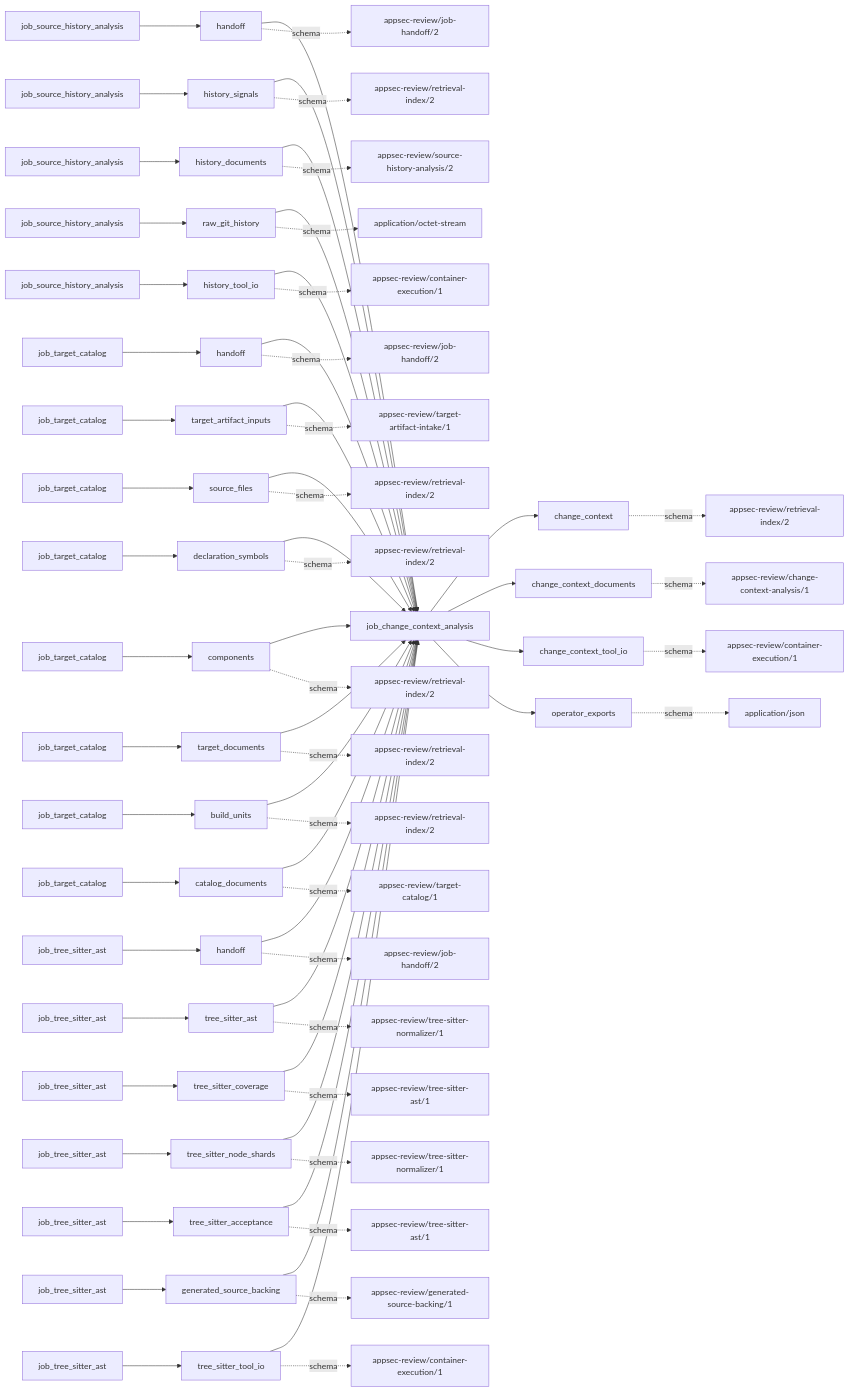
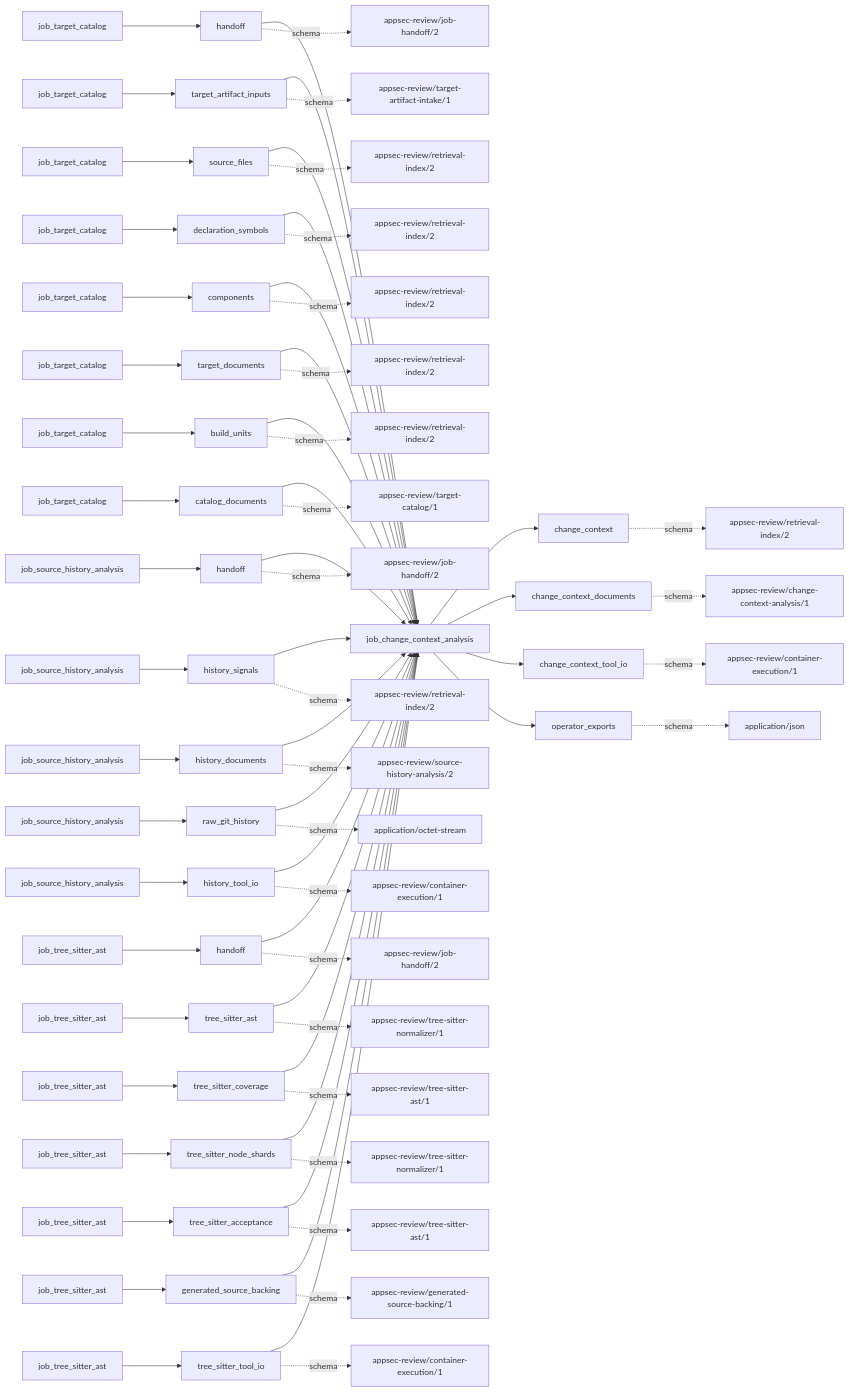
Before and after one commit to wsollers/appsec-review: the first of 2 diagrams in docs/operations/job_change_context_analysis.md, drawn with Mermaid. The commit also changed other lines of this file and 5 other files, not shown here.

````diff
--- a/docs/operations/job_change_context_analysis.md
+++ b/docs/operations/job_change_context_analysis.md
@@ -99,69 +99,69 @@
 ```mermaid
 flowchart LR
   job["job_change_context_analysis"]
-  producer0["job_source_history_analysis"]
+  producer0["job_target_catalog"]
   input0["handoff"]
   input_schema0["appsec-review/job-handoff/2"]
   producer0 --> input0 --> job
   input0 -. schema .-> input_schema0
-  producer1["job_source_history_analysis"]
-  input1["history_signals"]
-  input_schema1["appsec-review/retrieval-index/2"]
+  producer1["job_target_catalog"]
+  input1["target_artifact_inputs"]
+  input_schema1["appsec-review/target-artifact-intake/1"]
   producer1 --> input1 --> job
   input1 -. schema .-> input_schema1
-  producer2["job_source_history_analysis"]
-  input2["history_documents"]
-  input_schema2["appsec-review/source-history-analysis/2"]
+  producer2["job_target_catalog"]
+  input2["source_files"]
+  input_schema2["appsec-review/retrieval-index/2"]
   producer2 --> input2 --> job
   input2 -. schema .-> input_schema2
-  producer3["job_source_history_analysis"]
-  input3["raw_git_history"]
-  input_schema3["application/octet-stream"]
+  producer3["job_target_catalog"]
+  input3["declaration_symbols"]
+  input_schema3["appsec-review/retrieval-index/2"]
   producer3 --> input3 --> job
   input3 -. schema .-> input_schema3
-  producer4["job_source_history_analysis"]
-  input4["history_tool_io"]
-  input_schema4["appsec-review/container-execution/1"]
+  producer4["job_target_catalog"]
+  input4["components"]
+  input_schema4["appsec-review/retrieval-index/2"]
   producer4 --> input4 --> job
   input4 -. schema .-> input_schema4
   producer5["job_target_catalog"]
-  input5["handoff"]
-  input_schema5["appsec-review/job-handoff/2"]
+  input5["target_documents"]
+  input_schema5["appsec-review/retrieval-index/2"]
   producer5 --> input5 --> job
   input5 -. schema .-> input_schema5
   producer6["job_target_catalog"]
-  input6["target_artifact_inputs"]
-  input_schema6["appsec-review/target-artifact-intake/1"]
+  input6["build_units"]
+  input_schema6["appsec-review/retrieval-index/2"]
   producer6 --> input6 --> job
   input6 -. schema .-> input_schema6
   producer7["job_target_catalog"]
-  input7["source_files"]
-  input_schema7["appsec-review/retrieval-index/2"]
+  input7["catalog_documents"]
+  input_schema7["appsec-review/target-catalog/1"]
   producer7 --> input7 --> job
   input7 -. schema .-> input_schema7
-  producer8["job_target_catalog"]
-  input8["declaration_symbols"]
-  input_schema8["appsec-review/retrieval-index/2"]
+  producer8["job_source_history_analysis"]
+  input8["handoff"]
+  input_schema8["appsec-review/job-handoff/2"]
   producer8 --> input8 --> job
   input8 -. schema .-> input_schema8
-  producer9["job_target_catalog"]
-  input9["components"]
+  producer9["job_source_history_analysis"]
+  input9["history_signals"]
   input_schema9["appsec-review/retrieval-index/2"]
   producer9 --> input9 --> job
   input9 -. schema .-> input_schema9
-  producer10["job_target_catalog"]
-  input10["target_documents"]
-  input_schema10["appsec-review/retrieval-index/2"]
+  producer10["job_source_history_analysis"]
+  input10["history_documents"]
+  input_schema10["appsec-review/source-history-analysis/2"]
   producer10 --> input10 --> job
   input10 -. schema .-> input_schema10
-  producer11["job_target_catalog"]
-  input11["build_units"]
-  input_schema11["appsec-review/retrieval-index/2"]
+  producer11["job_source_history_analysis"]
+  input11["raw_git_history"]
+  input_schema11["application/octet-stream"]
   producer11 --> input11 --> job
   input11 -. schema .-> input_schema11
-  producer12["job_target_catalog"]
-  input12["catalog_documents"]
-  input_schema12["appsec-review/target-catalog/1"]
+  producer12["job_source_history_analysis"]
+  input12["history_tool_io"]
+  input_schema12["appsec-review/container-execution/1"]
   producer12 --> input12 --> job
   input12 -. schema .-> input_schema12
   producer13["job_tree_sitter_ast"]
````
